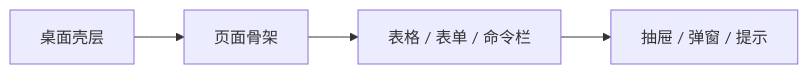
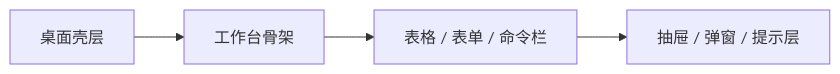
The first of 2 diagrams in docs/DESIGN.md (neavo/LinguaGacha), drawn with Mermaid before and after one commit. The commit also changed other lines of this file and 16 other files, not shown here.

````diff
--- a/docs/DESIGN.md
+++ b/docs/DESIGN.md
@@ -7,6 +8,6 @@
 ```mermaid
 flowchart LR
-    A["桌面壳层"] --> B["页面骨架"]
+    A["桌面壳层"] --> B["工作台骨架"]
     B --> C["表格 / 表单 / 命令栏"]
-    C --> D["抽屉 / 弹窗 / 提示"]
+    C --> D["抽屉 / 弹窗 / 提示层"]
 ```
````
